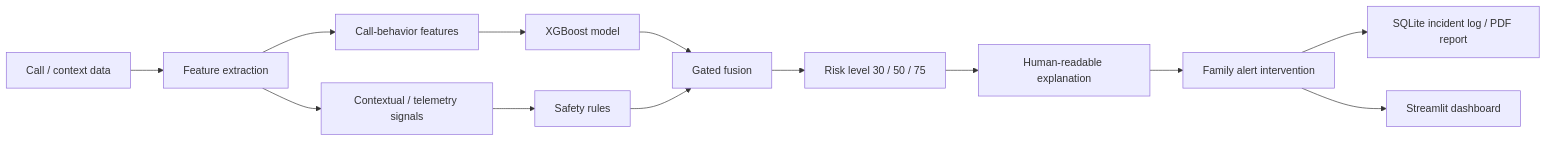
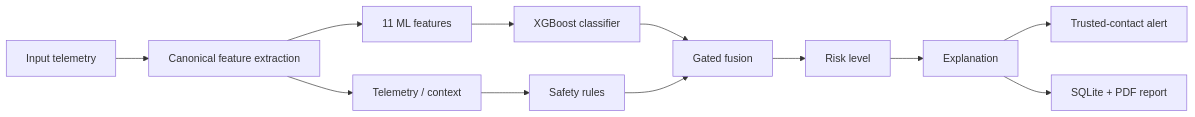
The diagram in README.md (thanushreea1306/lumina), drawn with Mermaid before and after one commit. The commit also changed other lines of this file, not shown here.

````diff
--- a/README.md
+++ b/README.md
@@ -36,15 +61,14 @@
 ```mermaid
 flowchart LR
-    A[Call / context data] --> B[Feature extraction]
-    B --> C1[Call-behavior features]
-    B --> C2[Contextual / telemetry signals]
-    C1 --> D[XGBoost model]
+    A[Input telemetry] --> B[Canonical feature extraction]
+    B --> C1[11 ML features]
+    B --> C2[Telemetry / context]
+    C1 --> D[XGBoost classifier]
     C2 --> E[Safety rules]
     D --> F[Gated fusion]
     E --> F
-    F --> G[Risk level 30 / 50 / 75]
-    G --> H[Human-readable explanation]
-    H --> I[Family alert intervention]
-    I --> J[SQLite incident log / PDF report]
-    I --> K[Streamlit dashboard]
+    F --> G[Risk level]
+    G --> H[Explanation]
+    H --> I[Trusted-contact alert]
+    H --> J[SQLite + PDF report]
 ```
````
